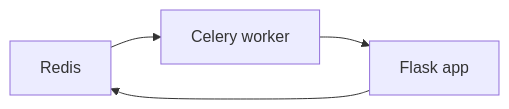
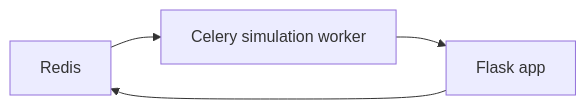
One commit to yaptide/yaptide changed the diagram in docs/for_developers.md. Above: the diagram before and after it, drawn with Mermaid. The commit also changed 2 other files, not shown here.

Commit message:
missed worker references

````diff
--- a/docs/for_developers.md
+++ b/docs/for_developers.md
@@ -35,5 +35,5 @@
 ```mermaid
 flowchart LR
-    id0[Redis]-->id1[Celery worker]-->id2[Flask app]
+    id0[Redis]-->id1[Celery simulation worker]-->id2[Flask app]
     id2-->id0
 ```
````
